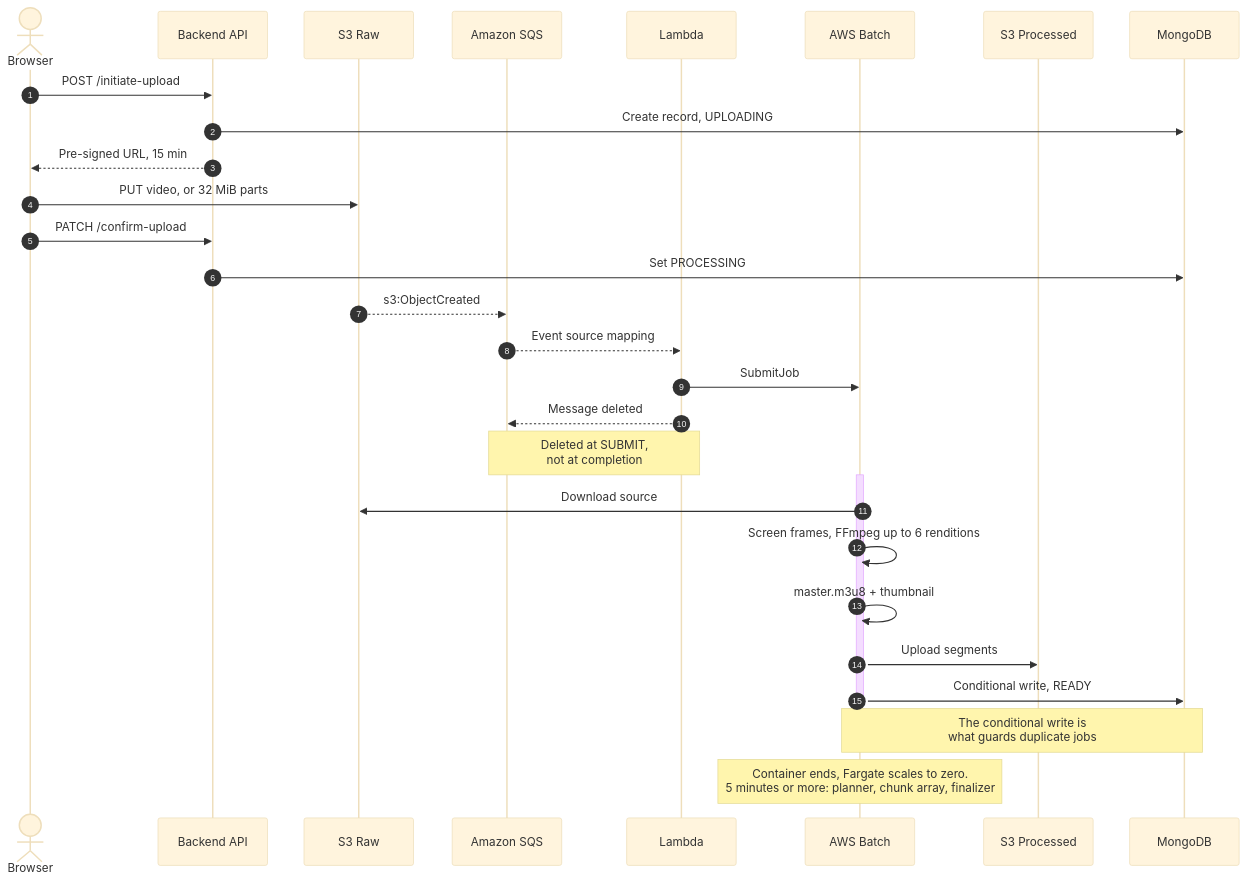
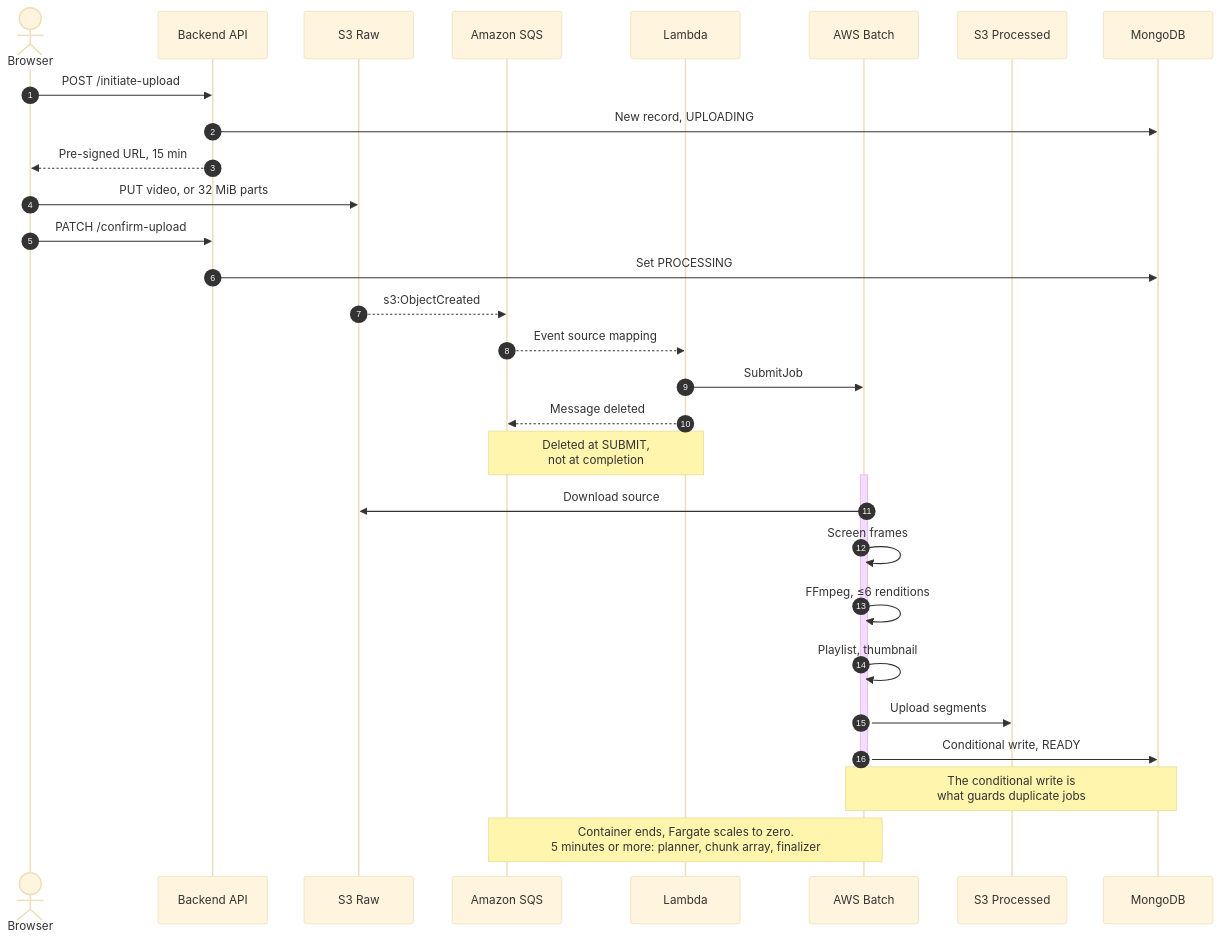
One commit to DinhQuocCuong28664/DACNTT_VideoStreaming changed the diagram in docs/diagrams/src/02-transcoding-sequence.mmd. Above: the diagram before and after it, drawn with Mermaid (base theme). The commit also changed 28 other files, not shown here.

```diff
--- a/docs/diagrams/src/02-transcoding-sequence.mmd
+++ b/docs/diagrams/src/02-transcoding-sequence.mmd
@@ -1,35 +1,36 @@
 sequenceDiagram
     autonumber
     actor User as Browser
     participant API as Backend API
     participant S3Raw as S3 Raw
     participant SQS as Amazon SQS
     participant Lambda as Lambda
     participant Batch as AWS Batch
     participant S3Proc as S3 Processed
     participant DB as MongoDB
 
     User->>API: POST /initiate-upload
-    API->>DB: Create record, UPLOADING
+    API->>DB: New record, UPLOADING
     API-->>User: Pre-signed URL, 15 min
     User->>S3Raw: PUT video, or 32 MiB parts
 
     User->>API: PATCH /confirm-upload
     API->>DB: Set PROCESSING
 
     S3Raw-->>SQS: s3:ObjectCreated
     SQS-->>Lambda: Event source mapping
     Lambda->>Batch: SubmitJob
     Lambda-->>SQS: Message deleted
     Note over Lambda,SQS: Deleted at SUBMIT,<br/>not at completion
 
     activate Batch
     Batch->>S3Raw: Download source
-    Batch->>Batch: Screen frames, FFmpeg up to 6 renditions
-    Batch->>Batch: master.m3u8 + thumbnail
+    Batch->>Batch: Screen frames
+    Batch->>Batch: FFmpeg, ≤6 renditions
+    Batch->>Batch: Playlist, thumbnail
     Batch->>S3Proc: Upload segments
     Batch->>DB: Conditional write, READY
     deactivate Batch
 
     Note over Batch,DB: The conditional write is<br/>what guards duplicate jobs
-    Note over Batch: Container ends, Fargate scales to zero.<br/>5 minutes or more: planner, chunk array, finalizer
+    Note over SQS,Batch: Container ends, Fargate scales to zero.<br/>5 minutes or more: planner, chunk array, finalizer
```
